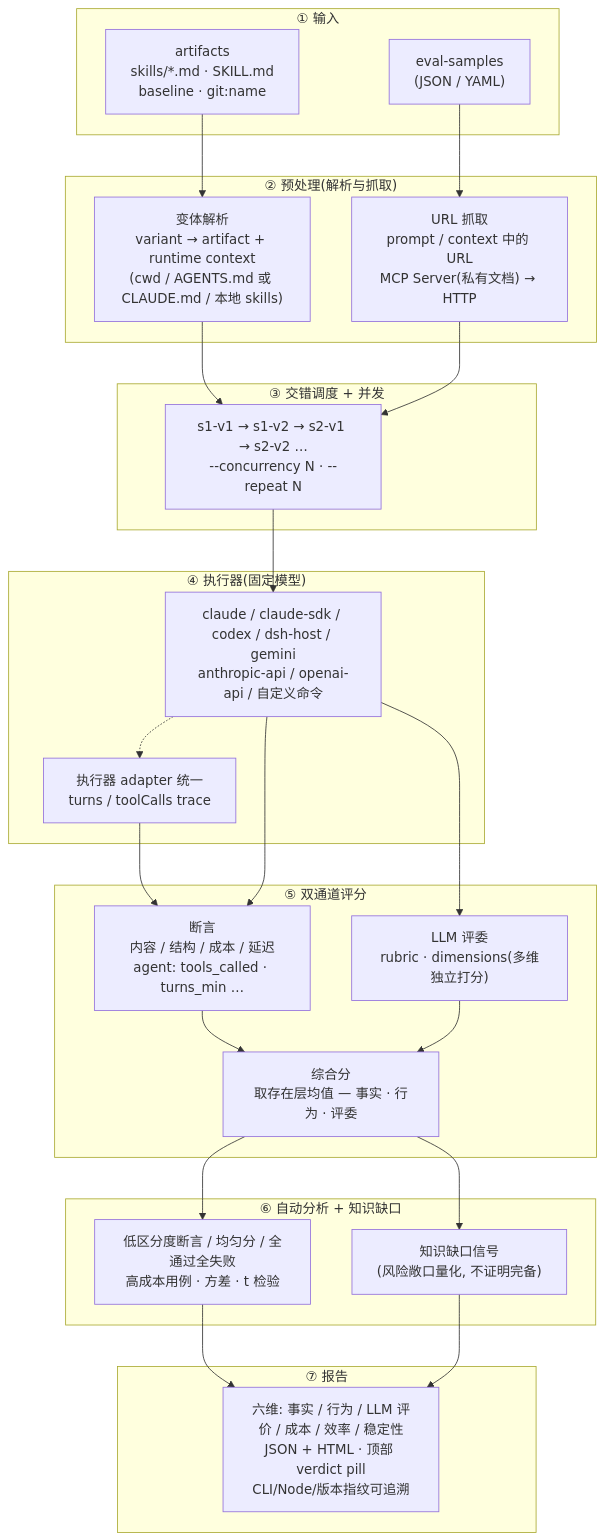
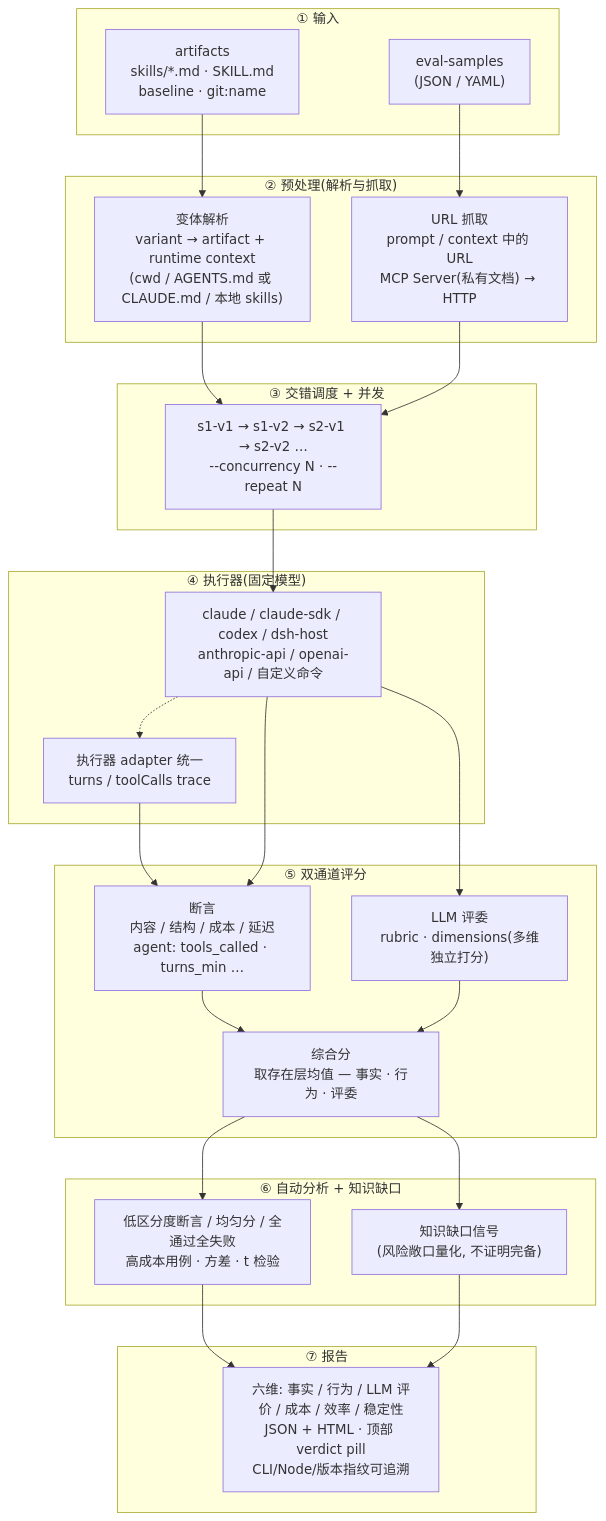
One commit to lizhiyao/oh-my-knowledge changed the first of 2 diagrams in docs/zh/explanation/architecture.md. Above: the diagram before and after it, drawn with Mermaid. The commit also changed 74 other files, not shown here.

````diff
--- a/docs/zh/explanation/architecture.md
+++ b/docs/zh/explanation/architecture.md
@@ -5,52 +5,52 @@
 ```mermaid
 flowchart TD
     subgraph Input["① 输入"]
         S["eval-samples<br/>(JSON / YAML)"]
         A["artifacts<br/>skills/*.md · SKILL.md<br/>baseline · git:name"]
     end
 
     subgraph Prep["② 预处理(解析与抓取)"]
         V["变体解析<br/>variant → artifact + runtime context<br/>(cwd / AGENTS.md 或 CLAUDE.md / 本地 skills)"]
         U["URL 抓取<br/>prompt / context 中的 URL<br/>MCP Server(私有文档) → HTTP"]
     end
 
     subgraph Schedule["③ 交错调度 + 并发"]
         Q["s1-v1 → s1-v2 → s2-v1 → s2-v2 …<br/>--concurrency N · --repeat N"]
     end
 
     subgraph Exec["④ 执行器(固定模型)"]
-        E["claude / claude-sdk / codex / dsh-host / gemini<br/>anthropic-api / openai-api / 自定义命令"]
+        E["claude / claude-sdk / codex / dsh-host<br/>anthropic-api / openai-api / 自定义命令"]
         T["执行器 adapter 统一<br/>turns / toolCalls trace"]
         E -.-> T
     end
 
     subgraph Score["⑤ 双通道评分"]
         AS["断言<br/>内容 / 结构 / 成本 / 延迟<br/>agent: tools_called · turns_min …"]
         LS["LLM 评委<br/>rubric · dimensions(多维独立打分)"]
         CS["综合分<br/>取存在层均值 — 事实 · 行为 · 评委"]
         AS --> CS
         LS --> CS
     end
 
     subgraph Analyze["⑥ 自动分析 + 知识缺口"]
         D["低区分度断言 / 均匀分 / 全通过全失败<br/>高成本用例 · 方差 · t 检验"]
         G["知识缺口信号<br/>(风险敞口量化, 不证明完备)"]
     end
 
     subgraph Report["⑦ 报告"]
         R["六维: 事实 / 行为 / LLM 评价 / 成本 / 效率 / 稳定性<br/>JSON + HTML · 顶部 verdict pill<br/>CLI/Node/版本指纹可追溯"]
     end
 
     S --> U
     A --> V
     V --> Q
     U --> Q
     Q --> E
     T --> AS
     E --> AS
     E --> LS
     CS --> D
     CS --> G
     D --> R
     G --> R
 ```
````
